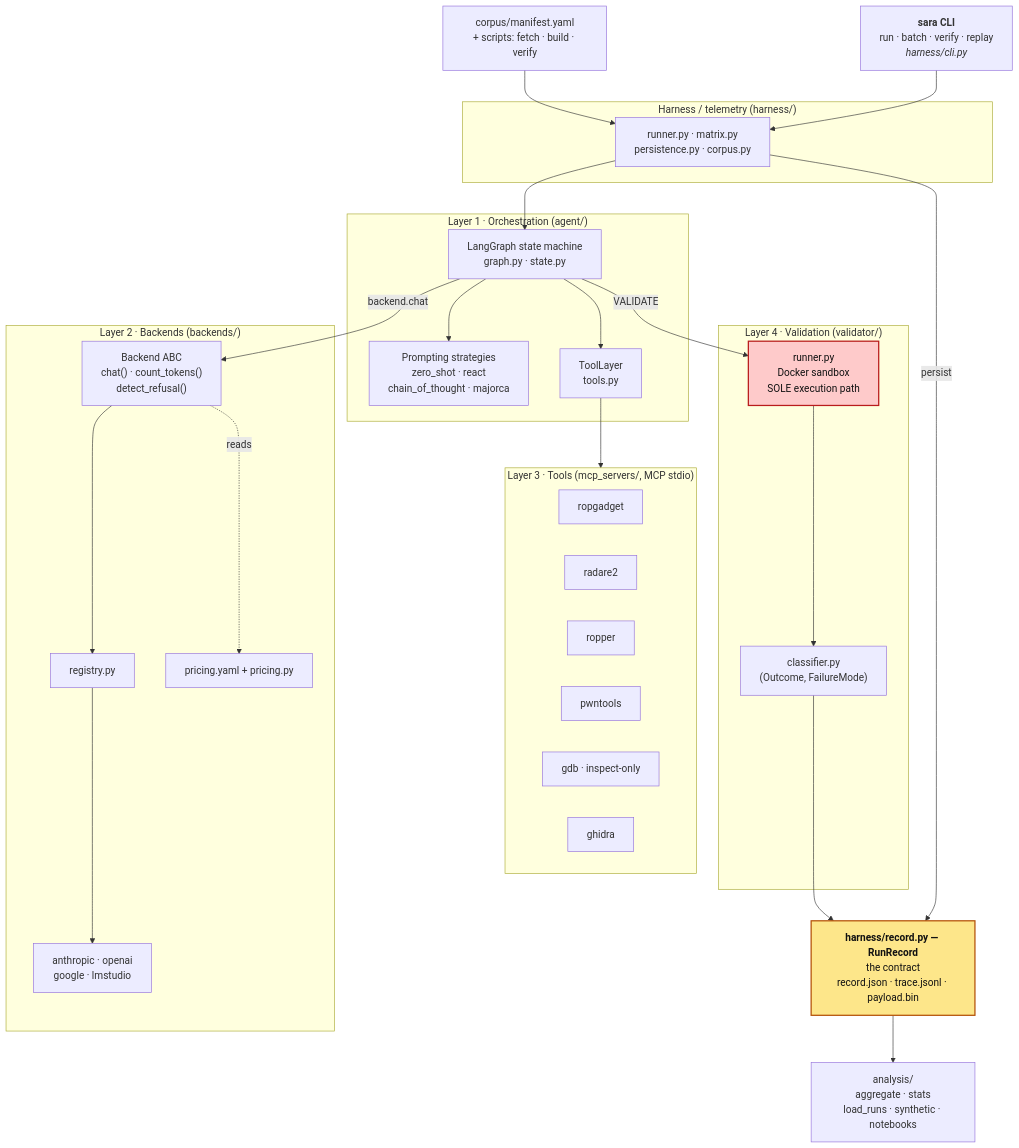
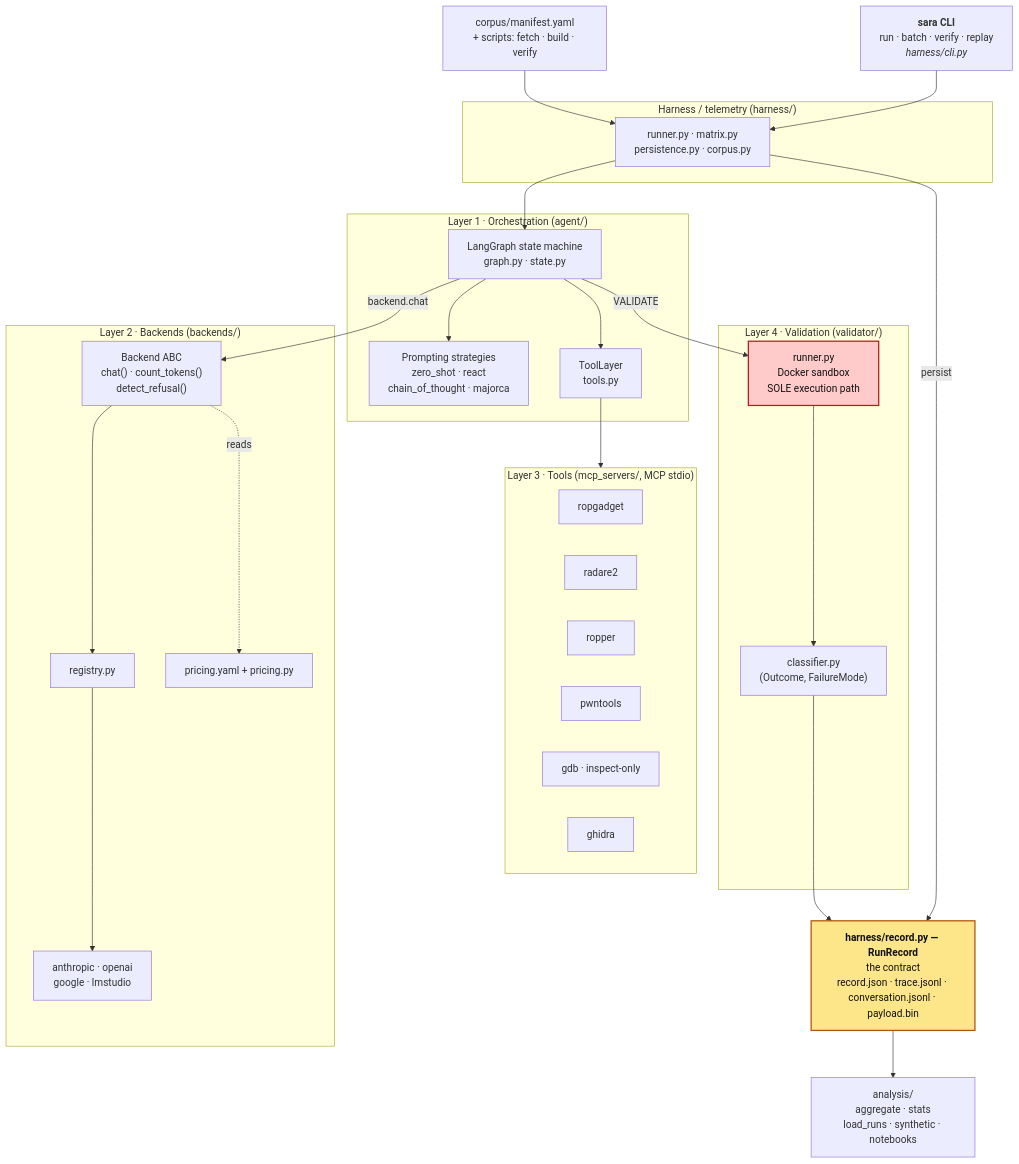
One commit to powerjm/SARA changed the first of 6 diagrams in docs/DIAGRAMS.md. Above: the diagram before and after it, drawn with Mermaid. The commit also changed other lines of this file and 172 other files, not shown here.

````diff
--- a/docs/DIAGRAMS.md
+++ b/docs/DIAGRAMS.md
@@ -28,59 +28,59 @@
 ```mermaid
 flowchart TB
     CLI["<b>sara CLI</b><br/>run · batch · verify · replay<br/><i>harness/cli.py</i>"]
 
     subgraph HAR["Harness / telemetry (harness/)"]
         HARNESS["runner.py · matrix.py<br/>persistence.py · corpus.py"]
     end
 
     subgraph L1["Layer 1 · Orchestration (agent/)"]
         GRAPH["LangGraph state machine<br/>graph.py · state.py"]
         PROMPTS["Prompting strategies<br/>zero_shot · react<br/>chain_of_thought · majorca"]
         TOOLS["ToolLayer<br/>tools.py"]
     end
 
     subgraph L2["Layer 2 · Backends (backends/)"]
         BASE["Backend ABC<br/>chat() · count_tokens()<br/>detect_refusal()"]
         REG["registry.py"]
         PRICE["pricing.yaml + pricing.py"]
         PROV["anthropic · openai<br/>google · lmstudio"]
     end
 
     subgraph L3["Layer 3 · Tools (mcp_servers/, MCP stdio)"]
         ROP["ropgadget"]
         R2["radare2"]
         RPR["ropper"]
         PWN["pwntools"]
         GDB["gdb · inspect-only"]
         GHI["ghidra"]
     end
 
     subgraph L4["Layer 4 · Validation (validator/)"]
         RUNNER["runner.py<br/>Docker sandbox<br/>SOLE execution path"]
         CLASS["classifier.py<br/>(Outcome, FailureMode)"]
     end
 
-    SCHEMA["<b>harness/record.py — RunRecord</b><br/>the contract<br/>record.json · trace.jsonl · payload.bin"]
+    SCHEMA["<b>harness/record.py — RunRecord</b><br/>the contract<br/>record.json · trace.jsonl · conversation.jsonl · payload.bin"]
     CORPUS["corpus/manifest.yaml<br/>+ scripts: fetch · build · verify"]
     ANALYSIS["analysis/<br/>aggregate · stats<br/>load_runs · synthetic · notebooks"]
 
     CLI --> HARNESS
     CORPUS --> HARNESS
     HARNESS --> GRAPH
     GRAPH --> PROMPTS
     GRAPH -->|backend.chat| BASE
     GRAPH --> TOOLS
     TOOLS --> L3
     GRAPH -->|VALIDATE| RUNNER
     RUNNER --> CLASS
     BASE --> REG --> PROV
     BASE -.reads.-> PRICE
     HARNESS -->|persist| SCHEMA
     CLASS --> SCHEMA
     SCHEMA --> ANALYSIS
 
     classDef contract fill:#fde68a,stroke:#b45309,color:#111,stroke-width:2px;
     classDef exec fill:#fecaca,stroke:#b91c1c,color:#111,stroke-width:2px;
     class SCHEMA contract;
     class RUNNER exec;
 ```
````
